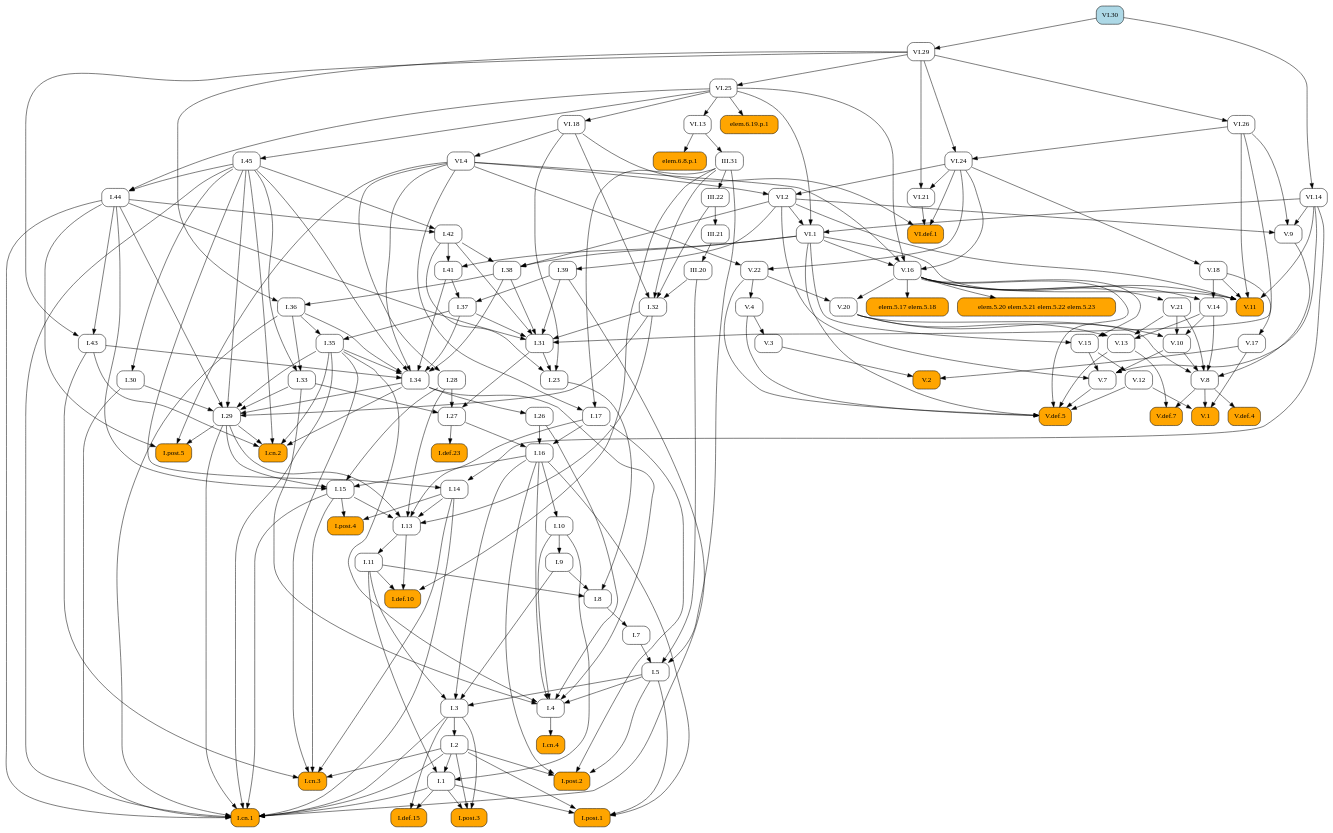
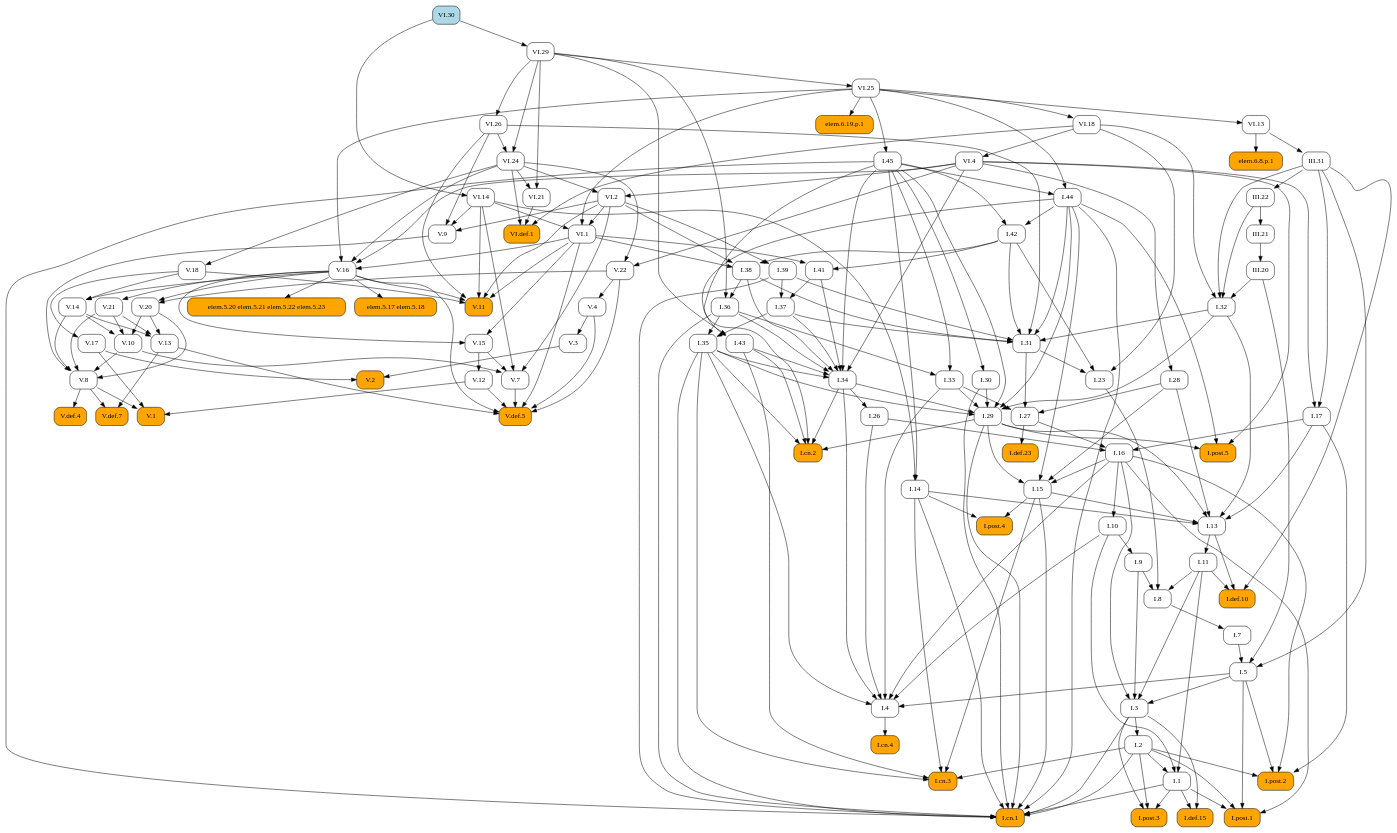
Before and after one commit to geometor/elements: the diagram in docsrc/heath/VI/30/index.rst, drawn with Graphviz. The commit also changed other lines of this file and 1029 other files, not shown here.

```diff
--- a/docsrc/heath/VI/30/index.rst
+++ b/docsrc/heath/VI/30/index.rst
@@ -73,114 +73,161 @@
    digraph {
      rankdir="TB";
      node [shape=box, style=rounded];
-     "V.1" [style="rounded,filled", fillcolor=orange, URL="/heath/V/1/", target="_top"];
-     "III.22" [URL="/heath/III/22/", target="_top"];
-     "I.29" [URL="/heath/I/29/", target="_top"];
-     "I.7" [URL="/heath/I/7/", target="_top"];
-     "I.27" [URL="/heath/I/27/", target="_top"];
-     "I.def.23" [style="rounded,filled", fillcolor=orange, URL="/heath/I/def.23/", target="_top"];
-     "V.20" [URL="/heath/V/20/", target="_top"];
-     "I.34" [URL="/heath/I/34/", target="_top"];
-     "I.8" [URL="/heath/I/8/", target="_top"];
-     "V.2" [style="rounded,filled", fillcolor=orange, URL="/heath/V/2/", target="_top"];
-     "I.9" [URL="/heath/I/9/", target="_top"];
-     "VI.30" [style="rounded,filled", fillcolor=lightblue, URL="/heath/VI/30/", target="_top"];
-     "V.22" [URL="/heath/V/22/", target="_top"];
+     "I.def.10" [style="rounded,filled", fillcolor=orange, URL="/heath/I/def.10/", target="_top"];
+     "I.11" [URL="/heath/I/11/", target="_top"];
+     "I.post.4" [style="rounded,filled", fillcolor=orange, URL="/heath/I/post.4/", target="_top"];
+     "I.1" [URL="/heath/I/1/", target="_top"];
+     "I.28" [URL="/heath/I/28/", target="_top"];
+     "VI.18" [URL="/heath/VI/18/", target="_top"];
+     "VI.21" [URL="/heath/VI/21/", target="_top"];
+     "V.def.5" [style="rounded,filled", fillcolor=orange, URL="/heath/V/def.5/", target="_top"];
      "III.20" [URL="/heath/III/20/", target="_top"];
      "VI.29" [URL="/heath/VI/29/", target="_top"];
-     "I.post.4" [style="rounded,filled", fillcolor=orange, URL="/heath/I/post.4/", target="_top"];
-     "VI.21" [URL="/heath/VI/21/", target="_top"];
-     "I.28" [URL="/heath/I/28/", target="_top"];
-     "I.2" [URL="/heath/I/2/", target="_top"];
-     "V.4" [URL="/heath/V/4/", target="_top"];
-     "VI.14" [URL="/heath/VI/14/", target="_top"];
+     "III.31" [URL="/heath/III/31/", target="_top"];
+     "V.13" [URL="/heath/V/13/", target="_top"];
+     "V.11" [style="rounded,filled", fillcolor=orange, URL="/heath/V/11/", target="_top"];
+     "VI.30" [style="rounded,filled", fillcolor=lightblue, URL="/heath/VI/30/", target="_top"];
+     "I.post.3" [style="rounded,filled", fillcolor=orange, URL="/heath/I/post.3/", target="_top"];
+     "VI.1" [URL="/heath/VI/1/", target="_top"];
+     "I.cn.3" [style="rounded,filled", fillcolor=orange, URL="/heath/I/cn.3/", target="_top"];
+     "I.14" [URL="/heath/I/14/", target="_top"];
+     "V.16" [URL="/heath/V/16/", target="_top"];
      "VI.4" [URL="/heath/VI/4/", target="_top"];
-     "I.cn.4" [style="rounded,filled", fillcolor=orange, URL="/heath/I/cn.4/", target="_top"];
-     "VI.24" [URL="/heath/VI/24/", target="_top"];
-     "VI.2" [URL="/heath/VI/2/", target="_top"];
-     "elem.5.20 elem.5.21 elem.5.22 elem.5.23" [style="rounded,filled", fillcolor=orange];
-     "III.31" [URL="/heath/III/31/", target="_top"];
-     "I.23" [URL="/heath/I/23/", target="_top"];
-     "I.13" [URL="/heath/I/13/", target="_top"];
-     "I.5" [URL="/heath/I/5/", target="_top"];
-     "VI.26" [URL="/heath/VI/26/", target="_top"];
-     "III.21" [URL="/heath/III/21/", target="_top"];
-     "I.11" [URL="/heath/I/11/", target="_top"];
-     "I.4" [URL="/heath/I/4/", target="_top"];
-     "I.43" [URL="/heath/I/43/", target="_top"];
-     "I.def.10" [style="rounded,filled", fillcolor=orange, URL="/heath/I/def.10/", target="_top"];
-     "I.post.3" [style="rounded,filled", fillcolor=orange, URL="/heath/I/post.3/", target="_top"];
-     "V.9" [URL="/heath/V/9/", target="_top"];
-     "VI.def.1" [style="rounded,filled", fillcolor=orange, URL="/heath/VI/def.1/", target="_top"];
-     "elem.5.17 elem.5.18" [style="rounded,filled", fillcolor=orange];
-     "V.17" [URL="/heath/V/17/", target="_top"];
      "V.3" [URL="/heath/V/3/", target="_top"];
      "I.36" [URL="/heath/I/36/", target="_top"];
+     "V.8" [URL="/heath/V/8/", target="_top"];
+     "I.41" [URL="/heath/I/41/", target="_top"];
+     "I.27" [URL="/heath/I/27/", target="_top"];
+     "I.37" [URL="/heath/I/37/", target="_top"];
+     "I.34" [URL="/heath/I/34/", target="_top"];
+     "I.2" [URL="/heath/I/2/", target="_top"];
+     "I.def.23" [style="rounded,filled", fillcolor=orange, URL="/heath/I/def.23/", target="_top"];
+     "I.33" [URL="/heath/I/33/", target="_top"];
+     "I.17" [URL="/heath/I/17/", target="_top"];
+     "I.post.2" [style="rounded,filled", fillcolor=orange, URL="/heath/I/post.2/", target="_top"];
+     "I.45" [URL="/heath/I/45/", target="_top"];
+     "VI.def.1" [style="rounded,filled", fillcolor=orange, URL="/heath/VI/def.1/", target="_top"];
+     "I.42" [URL="/heath/I/42/", target="_top"];
+     "elem.5.20 elem.5.21 elem.5.22 elem.5.23" [style="rounded,filled", fillcolor=orange];
+     "I.9" [URL="/heath/I/9/", target="_top"];
+     "VI.26" [URL="/heath/VI/26/", target="_top"];
+     "I.32" [URL="/heath/I/32/", target="_top"];
+     "V.def.4" [style="rounded,filled", fillcolor=orange, URL="/heath/V/def.4/", target="_top"];
+     "I.cn.4" [style="rounded,filled", fillcolor=orange, URL="/heath/I/cn.4/", target="_top"];
+     "I.15" [URL="/heath/I/15/", target="_top"];
+     "III.22" [URL="/heath/III/22/", target="_top"];
+     "I.38" [URL="/heath/I/38/", target="_top"];
+     "V.def.7" [style="rounded,filled", fillcolor=orange, URL="/heath/V/def.7/", target="_top"];
+     "I.5" [URL="/heath/I/5/", target="_top"];
+     "V.21" [URL="/heath/V/21/", target="_top"];
+     "I.39" [URL="/heath/I/39/", target="_top"];
+     "I.26" [URL="/heath/I/26/", target="_top"];
+     "V.14" [URL="/heath/V/14/", target="_top"];
+     "I.29" [URL="/heath/I/29/", target="_top"];
      "V.12" [URL="/heath/V/12/", target="_top"];
-     "I.15" [URL="/heath/I/15/", target="_top"];
-     "I.17" [URL="/heath/I/17/", target="_top"];
-     "I.32" [URL="/heath/I/32/", target="_top"];
-     "I.41" [URL="/heath/I/41/", target="_top"];
-     "V.def.5" [style="rounded,filled", fillcolor=orange, URL="/heath/V/def.5/", target="_top"];
-     "I.cn.3" [style="rounded,filled", fillcolor=orange, URL="/heath/I/cn.3/", target="_top"];
+     "V.22" [URL="/heath/V/22/", target="_top"];
+     "I.cn.2" [style="rounded,filled", fillcolor=orange, URL="/heath/I/cn.2/", target="_top"];
+     "V.20" [URL="/heath/V/20/", target="_top"];
+     "V.10" [URL="/heath/V/10/", target="_top"];
+     "VI.2" [URL="/heath/VI/2/", target="_top"];
+     "I.def.15" [style="rounded,filled", fillcolor=orange, URL="/heath/I/def.15/", target="_top"];
+     "V.15" [URL="/heath/V/15/", target="_top"];
+     "I.cn.1" [style="rounded,filled", fillcolor=orange, URL="/heath/I/cn.1/", target="_top"];
      "I.30" [URL="/heath/I/30/", target="_top"];
-     "I.45" [URL="/heath/I/45/", target="_top"];
-     "I.38" [URL="/heath/I/38/", target="_top"];
-     "V.16" [URL="/heath/V/16/", target="_top"];
-     "V.15" [URL="/heath/V/15/", target="_top"];
-     "V.def.4" [style="rounded,filled", fillcolor=orange, URL="/heath/V/def.4/", target="_top"];
-     "V.21" [URL="/heath/V/21/", target="_top"];
-     "V.8" [URL="/heath/V/8/", target="_top"];
-     "I.42" [URL="/heath/I/42/", target="_top"];
      "V.7" [URL="/heath/V/7/", target="_top"];
-     "VI.18" [URL="/heath/VI/18/", target="_top"];
-     "I.def.15" [style="rounded,filled", fillcolor=orange, URL="/heath/I/def.15/", target="_top"];
-     "I.1" [URL="/heath/I/1/", target="_top"];
-     "I.44" [URL="/heath/I/44/", target="_top"];
-     "V.13" [URL="/heath/V/13/", target="_top"];
+     "V.9" [URL="/heath/V/9/", target="_top"];
+     "V.18" [URL="/heath/V/18/", target="_top"];
+     "I.23" [URL="/heath/I/23/", target="_top"];
+     "VI.25" [URL="/heath/VI/25/", target="_top"];
+     "I.43" [URL="/heath/I/43/", target="_top"];
      "I.post.1" [style="rounded,filled", fillcolor=orange, URL="/heath/I/post.1/", target="_top"];
      "elem.6.19.p.1" [style="rounded,filled", fillcolor=orange];
-     "I.26" [URL="/heath/I/26/", target="_top"];
-     "I.33" [URL="/heath/I/33/", target="_top"];
-     "V.def.7" [style="rounded,filled", fillcolor=orange, URL="/heath/V/def.7/", target="_top"];
-     "I.39" [URL="/heath/I/39/", target="_top"];
-     "I.cn.2" [style="rounded,filled", fillcolor=orange, URL="/heath/I/cn.2/", target="_top"];
-     "VI.25" [URL="/heath/VI/25/", target="_top"];
+     "I.35" [URL="/heath/I/35/", target="_top"];
+     "I.7" [URL="/heath/I/7/", target="_top"];
+     "I.3" [URL="/heath/I/3/", target="_top"];
+     "I.4" [URL="/heath/I/4/", target="_top"];
+     "I.13" [URL="/heath/I/13/", target="_top"];
+     "V.17" [URL="/heath/V/17/", target="_top"];
+     "V.4" [URL="/heath/V/4/", target="_top"];
+     "I.31" [URL="/heath/I/31/", target="_top"];
+     "V.1" [style="rounded,filled", fillcolor=orange, URL="/heath/V/1/", target="_top"];
+     "VI.24" [URL="/heath/VI/24/", target="_top"];
+     "I.16" [URL="/heath/I/16/", target="_top"];
+     "elem.5.17 elem.5.18" [style="rounded,filled", fillcolor=orange];
+     "I.8" [URL="/heath/I/8/", target="_top"];
+     "VI.14" [URL="/heath/VI/14/", target="_top"];
+     "V.2" [style="rounded,filled", fillcolor=orange, URL="/heath/V/2/", target="_top"];
+     "VI.13" [URL="/heath/VI/13/", target="_top"];
+     "III.21" [URL="/heath/III/21/", target="_top"];
+     "I.post.5" [style="rounded,filled", fillcolor=orange, URL="/heath/I/post.5/", target="_top"];
+     "I.44" [URL="/heath/I/44/", target="_top"];
+     "elem.6.8.p.1" [style="rounded,filled", fillcolor=orange];
      "I.10" [URL="/heath/I/10/", target="_top"];
-     "V.10" [URL="/heath/V/10/", target="_top"];
-     "I.3" [URL="/heath/I/3/", target="_top"];
-     "I.16" [URL="/heath/I/16/", target="_top"];
-     "I.31" [URL="/heath/I/31/", target="_top"];
-     "V.11" [style="rounded,filled", fillcolor=orange, URL="/heath/V/11/", target="_top"];
-     "I.post.2" [style="rounded,filled", fillcolor=orange, URL="/heath/I/post.2/", target="_top"];
-     "elem.6.8.p.1" [style="rounded,filled", fillcolor=orange];
-     "I.post.5" [style="rounded,filled", fillcolor=orange, URL="/heath/I/post.5/", target="_top"];
-     "VI.1" [URL="/heath/VI/1/", target="_top"];
-     "VI.13" [URL="/heath/VI/13/", target="_top"];
-     "I.14" [URL="/heath/I/14/", target="_top"];
-     "V.18" [URL="/heath/V/18/", target="_top"];
-     "I.35" [URL="/heath/I/35/", target="_top"];
-     "I.cn.1" [style="rounded,filled", fillcolor=orange, URL="/heath/I/cn.1/", target="_top"];
-     "I.37" [URL="/heath/I/37/", target="_top"];
-     "V.14" [URL="/heath/V/14/", target="_top"];
-     "V.8" -> "V.1";
-     "V.12" -> "V.1";
-     "V.17" -> "V.1";
-     "III.31" -> "III.22";
-     "I.30" -> "I.29";
-     "I.32" -> "I.29";
-     "I.33" -> "I.29";
-     "I.34" -> "I.29";
-     "I.35" -> "I.29";
-     "I.44" -> "I.29";
-     "I.45" -> "I.29";
-     "I.8" -> "I.7";
+     "I.11" -> "I.def.10";
+     "I.13" -> "I.def.10";
+     "III.31" -> "I.def.10";
+     "I.13" -> "I.11";
+     "I.14" -> "I.post.4";
+     "I.15" -> "I.post.4";
+     "I.2" -> "I.1";
+     "I.10" -> "I.1";
+     "I.11" -> "I.1";
+     "VI.4" -> "I.28";
+     "VI.25" -> "VI.18";
+     "VI.24" -> "VI.21";
+     "VI.29" -> "VI.21";
+     "V.4" -> "V.def.5";
+     "V.7" -> "V.def.5";
+     "V.12" -> "V.def.5";
+     "V.13" -> "V.def.5";
+     "V.16" -> "V.def.5";
+     "V.22" -> "V.def.5";
+     "VI.1" -> "V.def.5";
+     "III.21" -> "III.20";
+     "VI.30" -> "VI.29";
+     "VI.13" -> "III.31";
+     "V.14" -> "V.13";
+     "V.20" -> "V.13";
+     "V.21" -> "V.13";
+     "V.16" -> "V.11";
+     "V.18" -> "V.11";
+     "VI.1" -> "V.11";
+     "VI.2" -> "V.11";
+     "VI.14" -> "V.11";
+     "VI.26" -> "V.11";
+     "I.1" -> "I.post.3";
+     "I.2" -> "I.post.3";
+     "I.3" -> "I.post.3";
+     "VI.2" -> "VI.1";
+     "VI.14" -> "VI.1";
+     "VI.25" -> "VI.1";
+     "I.2" -> "I.cn.3";
+     "I.14" -> "I.cn.3";
+     "I.15" -> "I.cn.3";
+     "I.35" -> "I.cn.3";
+     "I.43" -> "I.cn.3";
+     "I.45" -> "I.14";
+     "VI.14" -> "I.14";
+     "VI.1" -> "V.16";
+     "VI.4" -> "V.16";
+     "VI.24" -> "V.16";
+     "VI.25" -> "V.16";
+     "VI.18" -> "VI.4";
+     "V.4" -> "V.3";
+     "I.38" -> "I.36";
+     "VI.29" -> "I.36";
+     "V.9" -> "V.8";
+     "V.10" -> "V.8";
+     "V.14" -> "V.8";
+     "V.20" -> "V.8";
+     "V.21" -> "V.8";
+     "I.42" -> "I.41";
+     "VI.1" -> "I.41";
      "I.28" -> "I.27";
      "I.31" -> "I.27";
      "I.33" -> "I.27";
-     "I.27" -> "I.def.23";
-     "V.16" -> "V.20";
-     "V.22" -> "V.20";
+     "I.39" -> "I.37";
+     "I.41" -> "I.37";
      "I.35" -> "I.34";
      "I.36" -> "I.34";
      "I.37" -> "I.34";
@@ -189,191 +236,75 @@
      "I.43" -> "I.34";
      "I.45" -> "I.34";
      "VI.4" -> "I.34";
-     "I.9" -> "I.8";
-     "I.11" -> "I.8";
-     "I.23" -> "I.8";
-     "V.3" -> "V.2";
-     "V.17" -> "V.2";
-     "I.10" -> "I.9";
-     "VI.4" -> "V.22";
-     "VI.24" -> "V.22";
-     "III.21" -> "III.20";
-     "VI.30" -> "VI.29";
-     "I.14" -> "I.post.4";
-     "I.15" -> "I.post.4";
-     "VI.24" -> "VI.21";
-     "VI.29" -> "VI.21";
-     "VI.4" -> "I.28";
      "I.3" -> "I.2";
-     "V.22" -> "V.4";
-     "VI.30" -> "VI.14";
-     "VI.18" -> "VI.4";
-     "I.4" -> "I.cn.4";
-     "VI.26" -> "VI.24";
-     "VI.29" -> "VI.24";
-     "VI.4" -> "VI.2";
-     "VI.24" -> "VI.2";
-     "V.16" -> "elem.5.20 elem.5.21 elem.5.22 elem.5.23";
-     "VI.13" -> "III.31";
-     "I.31" -> "I.23";
-     "I.42" -> "I.23";
-     "VI.18" -> "I.23";
-     "I.14" -> "I.13";
-     "I.15" -> "I.13";
-     "I.17" -> "I.13";
-     "I.28" -> "I.13";
-     "I.29" -> "I.13";
-     "I.32" -> "I.13";
-     "I.7" -> "I.5";
-     "III.20" -> "I.5";
-     "III.31" -> "I.5";
-     "VI.29" -> "VI.26";
-     "III.22" -> "III.21";
-     "I.13" -> "I.11";
-     "I.5" -> "I.4";
-     "I.10" -> "I.4";
-     "I.16" -> "I.4";
-     "I.26" -> "I.4";
-     "I.33" -> "I.4";
-     "I.34" -> "I.4";
-     "I.35" -> "I.4";
-     "I.44" -> "I.43";
-     "VI.29" -> "I.43";
-     "I.11" -> "I.def.10";
-     "I.13" -> "I.def.10";
-     "III.31" -> "I.def.10";
-     "I.1" -> "I.post.3";
-     "I.2" -> "I.post.3";
-     "I.3" -> "I.post.3";
-     "VI.2" -> "V.9";
-     "VI.14" -> "V.9";
-     "VI.26" -> "V.9";
+     "I.27" -> "I.def.23";
+     "I.36" -> "I.33";
+     "I.45" -> "I.33";
+     "III.31" -> "I.17";
+     "VI.4" -> "I.17";
+     "I.2" -> "I.post.2";
+     "I.5" -> "I.post.2";
+     "I.16" -> "I.post.2";
+     "I.17" -> "I.post.2";
+     "VI.25" -> "I.45";
      "VI.18" -> "VI.def.1";
      "VI.21" -> "VI.def.1";
      "VI.24" -> "VI.def.1";
-     "V.16" -> "elem.5.17 elem.5.18";
-     "V.18" -> "V.17";
-     "V.4" -> "V.3";
-     "I.38" -> "I.36";
-     "VI.29" -> "I.36";
-     "V.15" -> "V.12";
+     "I.44" -> "I.42";
+     "I.45" -> "I.42";
+     "V.16" -> "elem.5.20 elem.5.21 elem.5.22 elem.5.23";
+     "I.10" -> "I.9";
+     "VI.29" -> "VI.26";
+     "III.20" -> "I.32";
+     "III.22" -> "I.32";
+     "III.31" -> "I.32";
+     "VI.18" -> "I.32";
+     "V.8" -> "V.def.4";
+     "I.4" -> "I.cn.4";
      "I.16" -> "I.15";
      "I.28" -> "I.15";
      "I.29" -> "I.15";
      "I.44" -> "I.15";
-     "III.31" -> "I.17";
-     "VI.4" -> "I.17";
-     "III.20" -> "I.32";
-     "III.22" -> "I.32";
-     "III.31" -> "I.32";
-     "VI.18" -> "I.32";
-     "I.42" -> "I.41";
-     "VI.1" -> "I.41";
-     "V.4" -> "V.def.5";
-     "V.7" -> "V.def.5";
-     "V.12" -> "V.def.5";
-     "V.13" -> "V.def.5";
-     "V.16" -> "V.def.5";
-     "V.22" -> "V.def.5";
-     "VI.1" -> "V.def.5";
-     "I.2" -> "I.cn.3";
-     "I.14" -> "I.cn.3";
-     "I.15" -> "I.cn.3";
-     "I.35" -> "I.cn.3";
-     "I.43" -> "I.cn.3";
-     "I.45" -> "I.30";
-     "VI.25" -> "I.45";
+     "III.31" -> "III.22";
      "I.42" -> "I.38";
      "VI.1" -> "I.38";
      "VI.2" -> "I.38";
-     "VI.1" -> "V.16";
-     "VI.4" -> "V.16";
-     "VI.24" -> "V.16";
-     "VI.25" -> "V.16";
-     "V.16" -> "V.15";
-     "VI.1" -> "V.15";
-     "V.8" -> "V.def.4";
-     "V.16" -> "V.21";
-     "V.9" -> "V.8";
-     "V.10" -> "V.8";
-     "V.14" -> "V.8";
-     "V.20" -> "V.8";
-     "V.21" -> "V.8";
-     "I.44" -> "I.42";
-     "I.45" -> "I.42";
-     "V.10" -> "V.7";
-     "V.15" -> "V.7";
-     "VI.2" -> "V.7";
-     "VI.14" -> "V.7";
-     "VI.25" -> "VI.18";
-     "I.1" -> "I.def.15";
-     "I.3" -> "I.def.15";
-     "I.2" -> "I.1";
-     "I.10" -> "I.1";
-     "I.11" -> "I.1";
-     "I.45" -> "I.44";
-     "VI.25" -> "I.44";
-     "V.14" -> "V.13";
-     "V.20" -> "V.13";
-     "V.21" -> "V.13";
-     "I.1" -> "I.post.1";
-     "I.2" -> "I.post.1";
-     "I.5" -> "I.post.1";
-     "I.16" -> "I.post.1";
-     "VI.25" -> "elem.6.19.p.1";
-     "I.34" -> "I.26";
-     "I.36" -> "I.33";
-     "I.45" -> "I.33";
      "V.8" -> "V.def.7";
      "V.13" -> "V.def.7";
+     "I.7" -> "I.5";
+     "III.20" -> "I.5";
+     "III.31" -> "I.5";
+     "V.16" -> "V.21";
      "VI.2" -> "I.39";
+     "I.34" -> "I.26";
+     "V.16" -> "V.14";
+     "V.18" -> "V.14";
+     "I.30" -> "I.29";
+     "I.32" -> "I.29";
+     "I.33" -> "I.29";
+     "I.34" -> "I.29";
+     "I.35" -> "I.29";
+     "I.44" -> "I.29";
+     "I.45" -> "I.29";
+     "V.15" -> "V.12";
+     "VI.4" -> "V.22";
+     "VI.24" -> "V.22";
      "I.29" -> "I.cn.2";
      "I.34" -> "I.cn.2";
      "I.35" -> "I.cn.2";
      "I.43" -> "I.cn.2";
      "I.45" -> "I.cn.2";
-     "VI.29" -> "VI.25";
-     "I.16" -> "I.10";
+     "V.16" -> "V.20";
+     "V.22" -> "V.20";
      "V.14" -> "V.10";
      "V.20" -> "V.10";
      "V.21" -> "V.10";
-     "I.5" -> "I.3";
-     "I.9" -> "I.3";
-     "I.11" -> "I.3";
-     "I.16" -> "I.3";
-     "I.17" -> "I.16";
-     "I.26" -> "I.16";
-     "I.27" -> "I.16";
-     "I.32" -> "I.31";
-     "I.37" -> "I.31";
-     "I.38" -> "I.31";
-     "I.39" -> "I.31";
-     "I.42" -> "I.31";
-     "I.44" -> "I.31";
-     "VI.26" -> "I.31";
-     "V.16" -> "V.11";
-     "V.18" -> "V.11";
-     "VI.1" -> "V.11";
-     "VI.2" -> "V.11";
-     "VI.14" -> "V.11";
-     "VI.26" -> "V.11";
-     "I.2" -> "I.post.2";
-     "I.5" -> "I.post.2";
-     "I.16" -> "I.post.2";
-     "I.17" -> "I.post.2";
-     "VI.13" -> "elem.6.8.p.1";
-     "I.29" -> "I.post.5";
-     "I.44" -> "I.post.5";
-     "VI.4" -> "I.post.5";
-     "VI.2" -> "VI.1";
-     "VI.14" -> "VI.1";
-     "VI.25" -> "VI.1";
-     "VI.25" -> "VI.13";
-     "I.45" -> "I.14";
-     "VI.14" -> "I.14";
-     "VI.24" -> "V.18";
-     "I.36" -> "I.35";
-     "I.37" -> "I.35";
+     "VI.4" -> "VI.2";
+     "VI.24" -> "VI.2";
+     "I.1" -> "I.def.15";
+     "I.3" -> "I.def.15";
+     "V.16" -> "V.15";
+     "VI.1" -> "V.15";
      "I.1" -> "I.cn.1";
      "I.2" -> "I.cn.1";
      "I.3" -> "I.cn.1";
@@ -386,8 +317,77 @@
      "I.39" -> "I.cn.1";
      "I.44" -> "I.cn.1";
      "I.45" -> "I.cn.1";
-     "I.39" -> "I.37";
-     "I.41" -> "I.37";
-     "V.16" -> "V.14";
-     "V.18" -> "V.14";
+     "I.45" -> "I.30";
+     "V.10" -> "V.7";
+     "V.15" -> "V.7";
+     "VI.2" -> "V.7";
+     "VI.14" -> "V.7";
+     "VI.2" -> "V.9";
+     "VI.14" -> "V.9";
+     "VI.26" -> "V.9";
+     "VI.24" -> "V.18";
+     "I.31" -> "I.23";
+     "I.42" -> "I.23";
+     "VI.18" -> "I.23";
+     "VI.29" -> "VI.25";
+     "I.44" -> "I.43";
+     "VI.29" -> "I.43";
+     "I.1" -> "I.post.1";
+     "I.2" -> "I.post.1";
+     "I.5" -> "I.post.1";
+     "I.16" -> "I.post.1";
+     "VI.25" -> "elem.6.19.p.1";
+     "I.36" -> "I.35";
+     "I.37" -> "I.35";
+     "I.8" -> "I.7";
+     "I.5" -> "I.3";
+     "I.9" -> "I.3";
+     "I.11" -> "I.3";
+     "I.16" -> "I.3";
+     "I.5" -> "I.4";
+     "I.10" -> "I.4";
+     "I.16" -> "I.4";
+     "I.26" -> "I.4";
+     "I.33" -> "I.4";
+     "I.34" -> "I.4";
+     "I.35" -> "I.4";
+     "I.14" -> "I.13";
+     "I.15" -> "I.13";
+     "I.17" -> "I.13";
+     "I.28" -> "I.13";
+     "I.29" -> "I.13";
+     "I.32" -> "I.13";
+     "V.18" -> "V.17";
+     "V.22" -> "V.4";
+     "I.32" -> "I.31";
+     "I.37" -> "I.31";
+     "I.38" -> "I.31";
+     "I.39" -> "I.31";
+     "I.42" -> "I.31";
+     "I.44" -> "I.31";
+     "VI.26" -> "I.31";
+     "V.8" -> "V.1";
+     "V.12" -> "V.1";
+     "V.17" -> "V.1";
+     "VI.26" -> "VI.24";
+     "VI.29" -> "VI.24";
+     "I.17" -> "I.16";
+     "I.26" -> "I.16";
+     "I.27" -> "I.16";
+     "V.16" -> "elem.5.17 elem.5.18";
+     "I.9" -> "I.8";
+     "I.11" -> "I.8";
+     "I.23" -> "I.8";
+     "VI.30" -> "VI.14";
+     "V.3" -> "V.2";
+     "V.17" -> "V.2";
+     "VI.25" -> "VI.13";
+     "III.22" -> "III.21";
+     "I.29" -> "I.post.5";
+     "I.44" -> "I.post.5";
+     "VI.4" -> "I.post.5";
+     "I.45" -> "I.44";
+     "VI.25" -> "I.44";
+     "VI.13" -> "elem.6.8.p.1";
+     "I.16" -> "I.10";
    }
```
